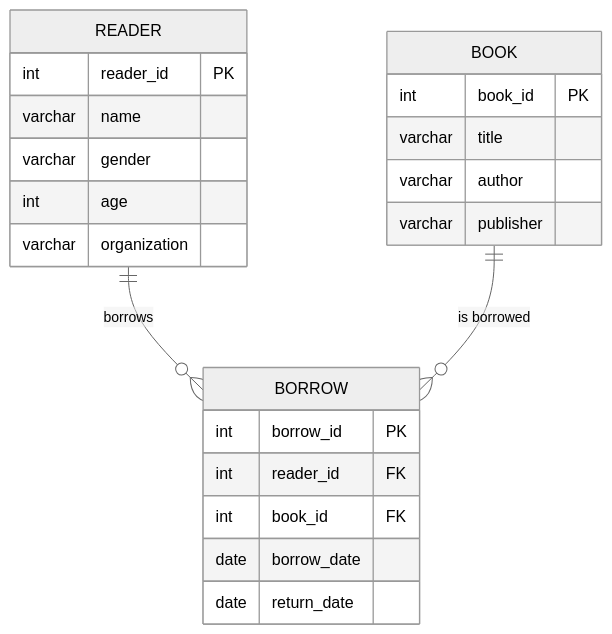
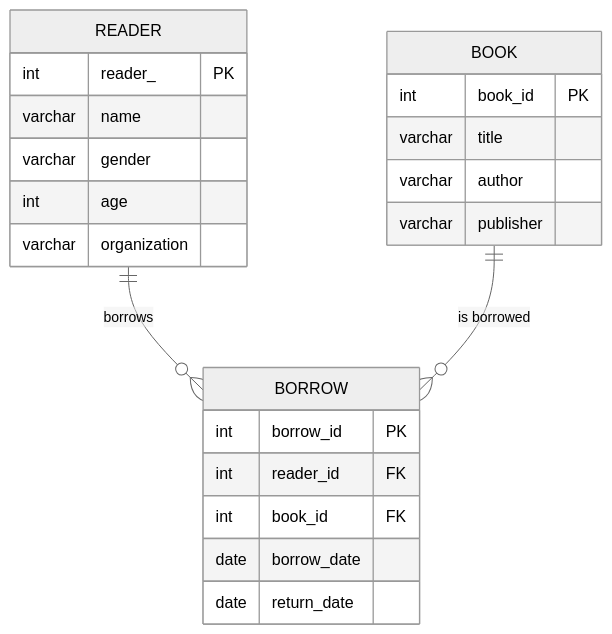
The diagram in all/未命名.md (yutianfuyao/iodraw-files), drawn with Mermaid (neutral theme) before and after one commit.

Commit message:
2026-05-06 19:20:08 update

````diff
--- a/all/未命名.md
+++ b/all/未命名.md
@@ -1,29 +1,29 @@
 ```mermaid
 erDiagram
     READER {
-        int reader_id PK
+        int reader_ PK
         varchar name
         varchar gender
         int age
         varchar organization
     }
 
     BOOK {
         int book_id PK
         varchar title
         varchar author
         varchar publisher
     }
 
     BORROW {
         int borrow_id PK
         int reader_id FK
         int book_id FK
         date borrow_date
         date return_date
     }
 
     READER ||--o{ BORROW : "borrows"
     BOOK ||--o{ BORROW : "is borrowed"
 
 ```
````
